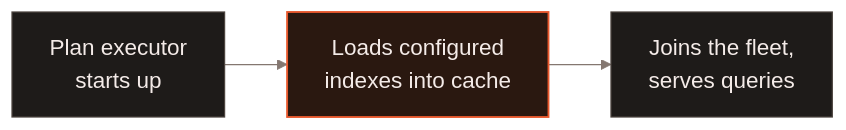
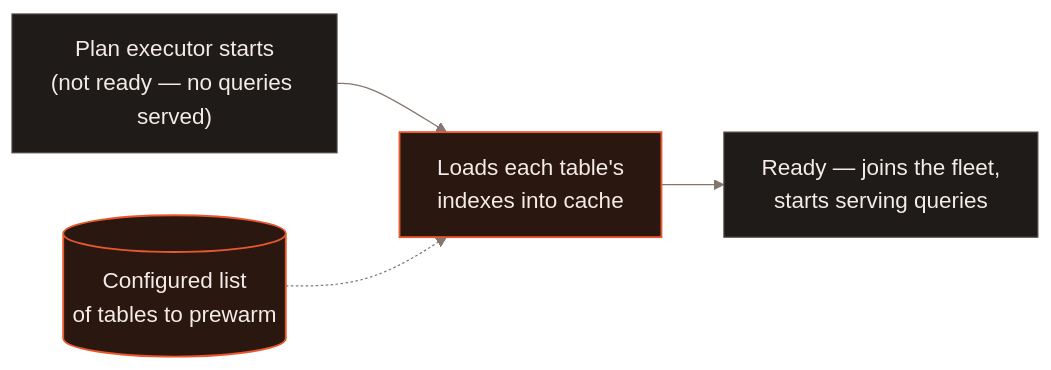
One commit to lancedb/lancedb changed the first of 2 diagrams in docs/web/enterprise/cache-prewarm.mdx. Above: the diagram before and after it, drawn with Mermaid. The commit also changed other lines of this file and 4 other files, not shown here.

````diff
--- a/docs/web/enterprise/cache-prewarm.mdx
+++ b/docs/web/enterprise/cache-prewarm.mdx
@@ -24,13 +25,15 @@
 ```mermaid
 %%{init: {"theme": "base", "themeVariables": {
   "background": "#171513", "primaryColor": "#1e1b19", "primaryTextColor": "#f4ebe8",
   "primaryBorderColor": "#4c443f", "lineColor": "#847770", "textColor": "#f4ebe8",
   "edgeLabelBackground": "#171513", "fontFamily": "Inter, sans-serif", "fontSize": "18px"
 }}}%%
 flowchart LR
-    Start["Plan executor<br/>starts up"] --> Warm["Loads configured<br/>indexes into cache"]
-    Warm --> Ready["Joins the fleet,<br/>serves queries"]
+    List[("Configured list<br/>of tables to prewarm")]
+    Start["Plan executor starts<br/>(not ready — no queries served)"] --> Warm["Loads each table's<br/>indexes into cache"]
+    List -.-> Warm
+    Warm --> Ready["Ready — joins the fleet,<br/>starts serving queries"]
     classDef default fill:#1e1b19,stroke:#4c443f,stroke-width:1px,color:#f4ebe8
     classDef accent fill:#2a1810,stroke:#e8582d,stroke-width:1.5px,color:#f4ebe8
-    class Warm accent
+    class Warm,List accent
 ```
````
